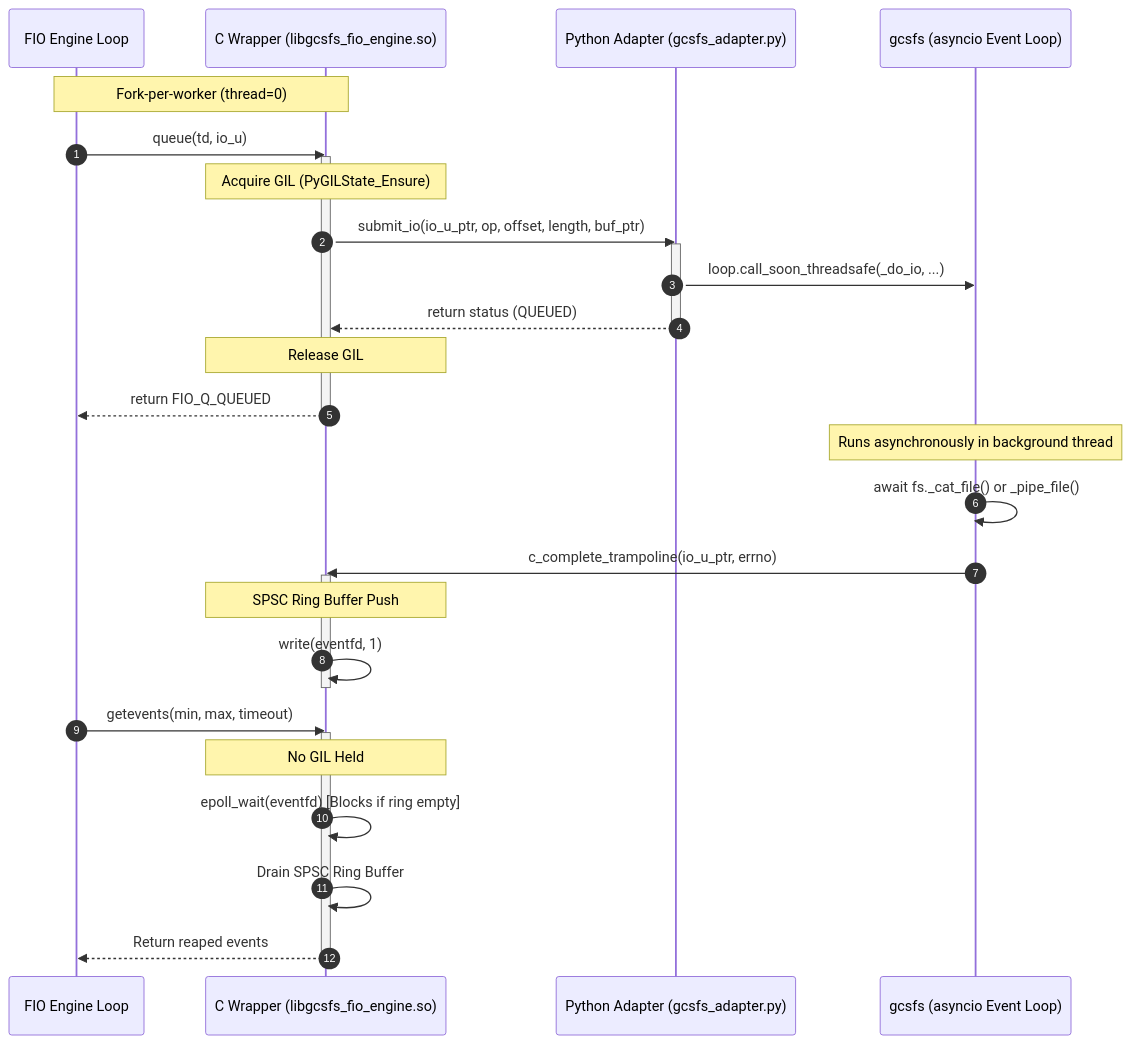
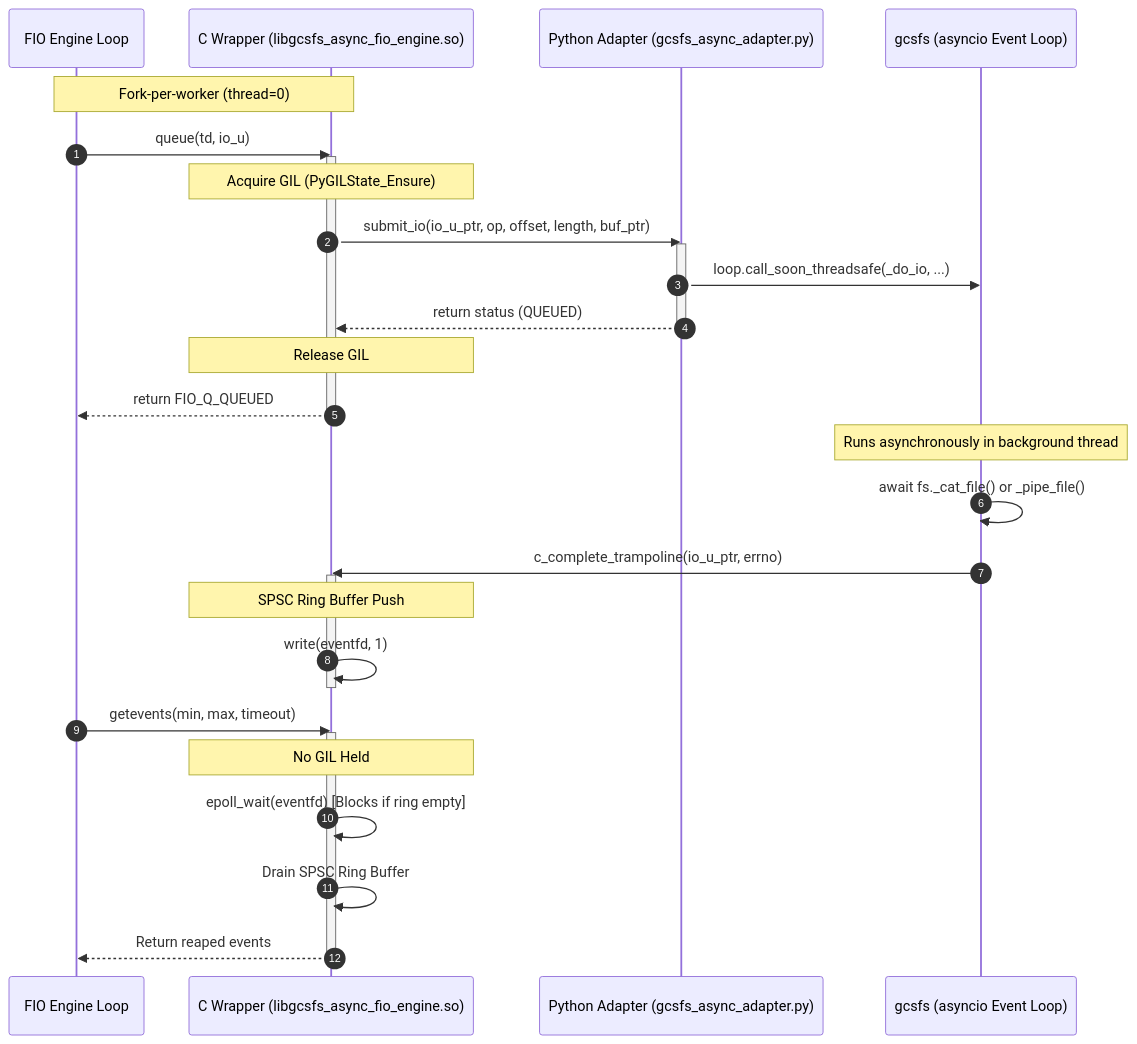
Before and after one commit to Yonghui-Lee/gcsfs: the diagram in fio/docs/implementation_plan.md, drawn with Mermaid. The commit also changed other lines of this file and 9 other files, not shown here.

Commit message:
refactor: rename to libgcsfs_async_fio_engine

````diff
--- a/fio/docs/implementation_plan.md
+++ b/fio/docs/implementation_plan.md
@@ -20,37 +20,37 @@
 ```mermaid
 sequenceDiagram
     autonumber
     participant FIO as FIO Engine Loop
-    participant C as C Wrapper (libgcsfs_fio_engine.so)
-    participant Py as Python Adapter (gcsfs_adapter.py)
+    participant C as C Wrapper (libgcsfs_async_fio_engine.so)
+    participant Py as Python Adapter (gcsfs_async_adapter.py)
     participant GCSFS as gcsfs (asyncio Event Loop)
 
     Note over FIO,C: Fork-per-worker (thread=0)
     FIO->>C: queue(td, io_u)
     activate C
     Note over C: Acquire GIL (PyGILState_Ensure)
     C->>Py: submit_io(io_u_ptr, op, offset, length, buf_ptr)
     activate Py
     Py->>GCSFS: loop.call_soon_threadsafe(_do_io, ...)
     Py-->>C: return status (QUEUED)
     deactivate Py
     Note over C: Release GIL
     C-->>FIO: return FIO_Q_QUEUED
     deactivate C
 
     Note over GCSFS: Runs asynchronously in background thread
     GCSFS->>GCSFS: await fs._cat_file() or _pipe_file()
     GCSFS->>C: c_complete_trampoline(io_u_ptr, errno)
     activate C
     Note over C: SPSC Ring Buffer Push
     C->>C: write(eventfd, 1)
     deactivate C
 
     FIO->>C: getevents(min, max, timeout)
     activate C
     Note over C: No GIL Held
     C->>C: epoll_wait(eventfd) [Blocks if ring empty]
     C->>C: Drain SPSC Ring Buffer
     C-->>FIO: Return reaped events
     deactivate C
 ```
````
